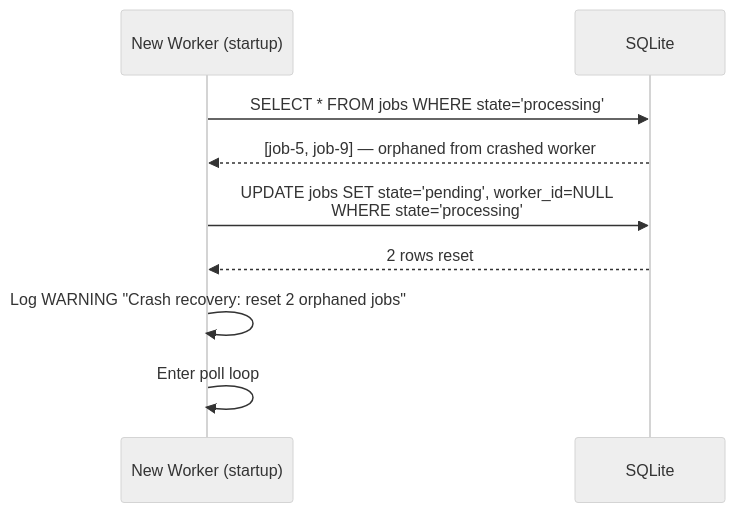
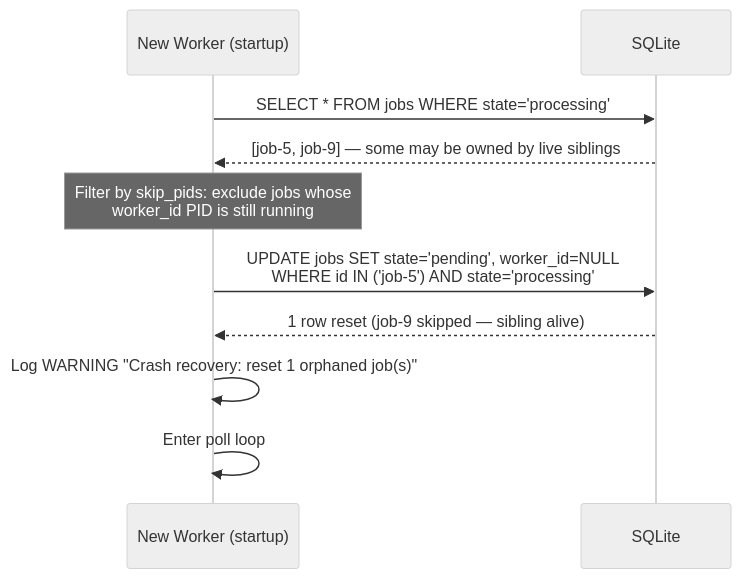
The sixth of 6 diagrams in ARCHITECTURE.md (iussg/QueueCTL), drawn with Mermaid (neutral theme) before and after one commit. The commit also changed other lines of this file and 1 other file, not shown here.

First line of the commit message:
docs: sync README and ARCHITECTURE with current codebase

````diff
--- a/ARCHITECTURE.md
+++ b/ARCHITECTURE.md
@@ -182,12 +182,13 @@
 ```mermaid
 sequenceDiagram
     participant W as New Worker (startup)
     participant DB as SQLite
 
     W->>DB: SELECT * FROM jobs WHERE state='processing'
-    DB-->>W: [job-5, job-9] — orphaned from crashed worker
-    W->>DB: UPDATE jobs SET state='pending', worker_id=NULL<br/>WHERE state='processing'
-    DB-->>W: 2 rows reset
-    W->>W: Log WARNING "Crash recovery: reset 2 orphaned jobs"
+    DB-->>W: [job-5, job-9] — some may be owned by live siblings
+    Note over W: Filter by skip_pids: exclude jobs whose<br/>worker_id PID is still running
+    W->>DB: UPDATE jobs SET state='pending', worker_id=NULL<br/>WHERE id IN ('job-5') AND state='processing'
+    DB-->>W: 1 row reset (job-9 skipped — sibling alive)
+    W->>W: Log WARNING "Crash recovery: reset 1 orphaned job(s)"
     W->>W: Enter poll loop
 ```
````
